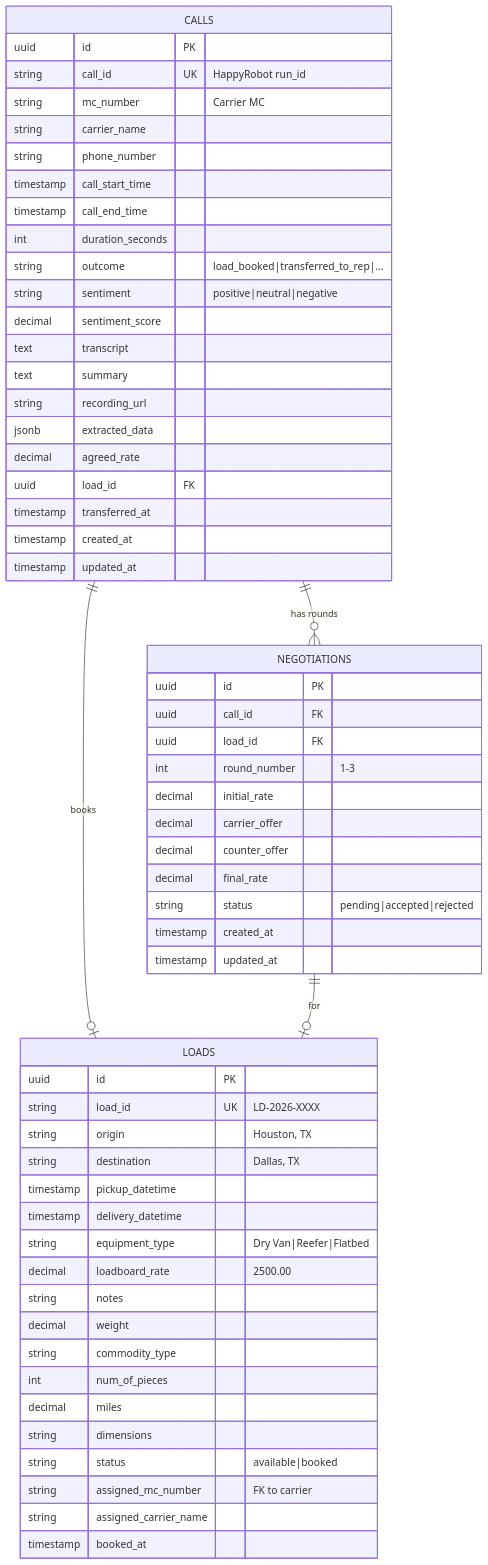
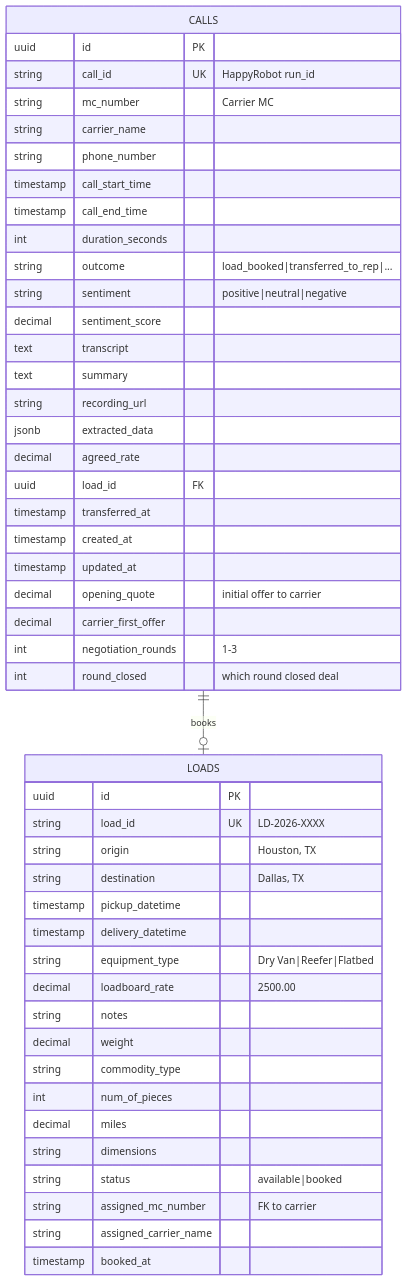
Before and after one commit to miguelpalospou/happy-robot-challenge: diagram 11 of 13 in README.md, drawn with Mermaid. The commit also changed other lines of this file and 2 other files, not shown here.

Commit message:
Update docs for simplified schema (no carriers/negotiations tables)
- Remove negotiations table from ER diagrams
- Update calls table to show negotiation tracking fields
- Simplify architecture diagrams
- Update SQL functions table

Made-with: Cursor

````diff
--- a/README.md
+++ b/README.md
@@ -545,64 +534,52 @@
 ```mermaid
 erDiagram
     LOADS {
         uuid id PK
         string load_id UK "LD-2026-XXXX"
         string origin "Houston, TX"
         string destination "Dallas, TX"
         timestamp pickup_datetime
         timestamp delivery_datetime
         string equipment_type "Dry Van|Reefer|Flatbed"
         decimal loadboard_rate "2500.00"
         string notes
         decimal weight
         string commodity_type
         int num_of_pieces
         decimal miles
         string dimensions
         string status "available|booked"
         string assigned_mc_number "FK to carrier"
         string assigned_carrier_name
         timestamp booked_at
     }
     
     CALLS {
         uuid id PK
         string call_id UK "HappyRobot run_id"
         string mc_number "Carrier MC"
         string carrier_name
         string phone_number
         timestamp call_start_time
         timestamp call_end_time
         int duration_seconds
         string outcome "load_booked|transferred_to_rep|..."
         string sentiment "positive|neutral|negative"
         decimal sentiment_score
         text transcript
         text summary
         string recording_url
         jsonb extracted_data
         decimal agreed_rate
         uuid load_id FK
         timestamp transferred_at
         timestamp created_at
         timestamp updated_at
+        decimal opening_quote "initial offer to carrier"
+        decimal carrier_first_offer
+        int negotiation_rounds "1-3"
+        int round_closed "which round closed deal"
     }
     
-    NEGOTIATIONS {
-        uuid id PK
-        uuid call_id FK
-        uuid load_id FK
-        int round_number "1-3"
-        decimal initial_rate
-        decimal carrier_offer
-        decimal counter_offer
-        decimal final_rate
-        string status "pending|accepted|rejected"
-        timestamp created_at
-        timestamp updated_at
-    }
-    
-    CALLS ||--o{ NEGOTIATIONS : "has rounds"
     CALLS ||--o| LOADS : "books"
-    NEGOTIATIONS ||--o| LOADS : "for"
 ```
````
